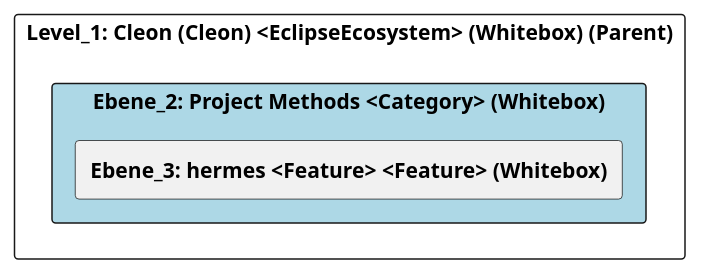
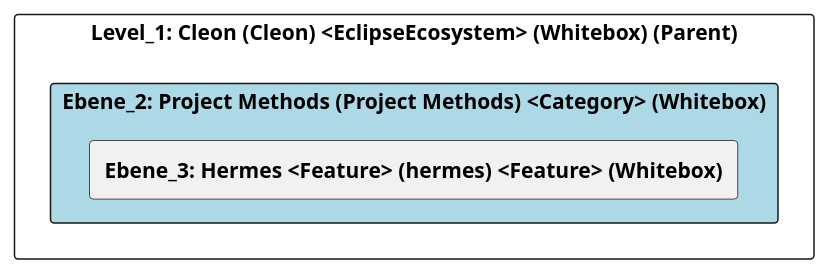
Before and after one commit to marcozwyssig/cleon: the diagram in doc/cleonproject_deliverables_architecture_model_architecture/adoc/de/05_bausteinsicht/cleon/project_methods/ebene_2_project_methods.adoc, drawn with PlantUML. The commit also changed other lines of this file and 166 other files, not shown here.

```diff
--- a/doc/cleonproject_deliverables_architecture_model_architecture/adoc/de/05_bausteinsicht/cleon/project_methods/ebene_2_project_methods.adoc
+++ b/doc/cleonproject_deliverables_architecture_model_architecture/adoc/de/05_bausteinsicht/cleon/project_methods/ebene_2_project_methods.adoc
@@ -21,26 +21,26 @@
-[plantuml, Ebene_2: Project Methods <Category> (Whitebox)BlockOverview, format="svg"]
+[plantuml, Ebene_2: Project Methods (Project Methods) <Category> (Whitebox)BlockOverview, format="svg"]
 ----
-@startuml Ebene_2: Project Methods <Category> (Whitebox)BuildingBlockOverview
+@startuml Ebene_2: Project Methods (Project Methods) <Category> (Whitebox)BuildingBlockOverview
 
 skinparam ranksep 10
 skinparam componentStyle rectangle
 skinparam shadowing false
 skinparam arrowColor lightblue
 skinparam arrowThickness 1.2
 skinparam rectangle {
   BackgroundColor White
   BorderColor #333
   RoundCorner 10
 }
 top to bottom direction
 
 component "Level_1: Cleon (Cleon) <EclipseEcosystem> (Whitebox) (Parent)" {
-    component "Ebene_2: Project Methods <Category> (Whitebox)" #lightblue {
-        [**Ebene_3: hermes <Feature> <Feature> (Whitebox)**] as 4905A652_D579_11EE_903E_9F564E4DE07E
+    component "Ebene_2: Project Methods (Project Methods) <Category> (Whitebox)" #lightblue {
+        [**Ebene_3: Hermes <Feature> (hermes) <Feature> (Whitebox)**] as 4905A652_D579_11EE_903E_9F564E4DE07E
     }
 
     
 }
 
 @enduml
 ----
```
